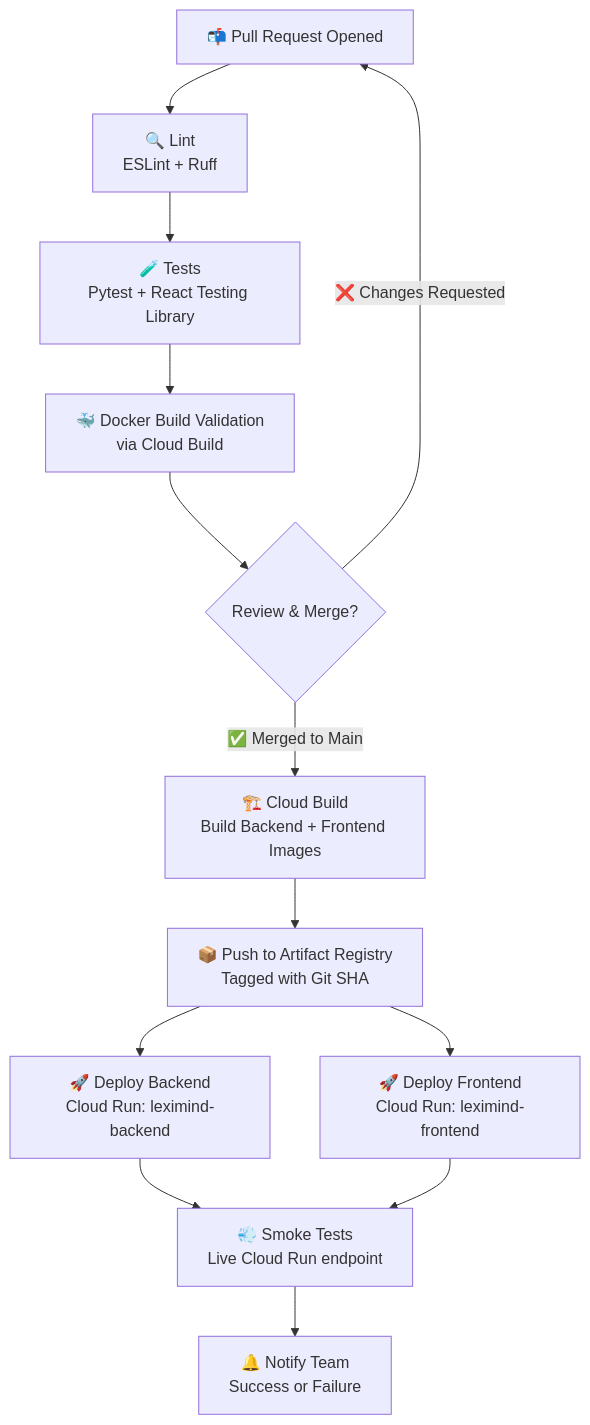
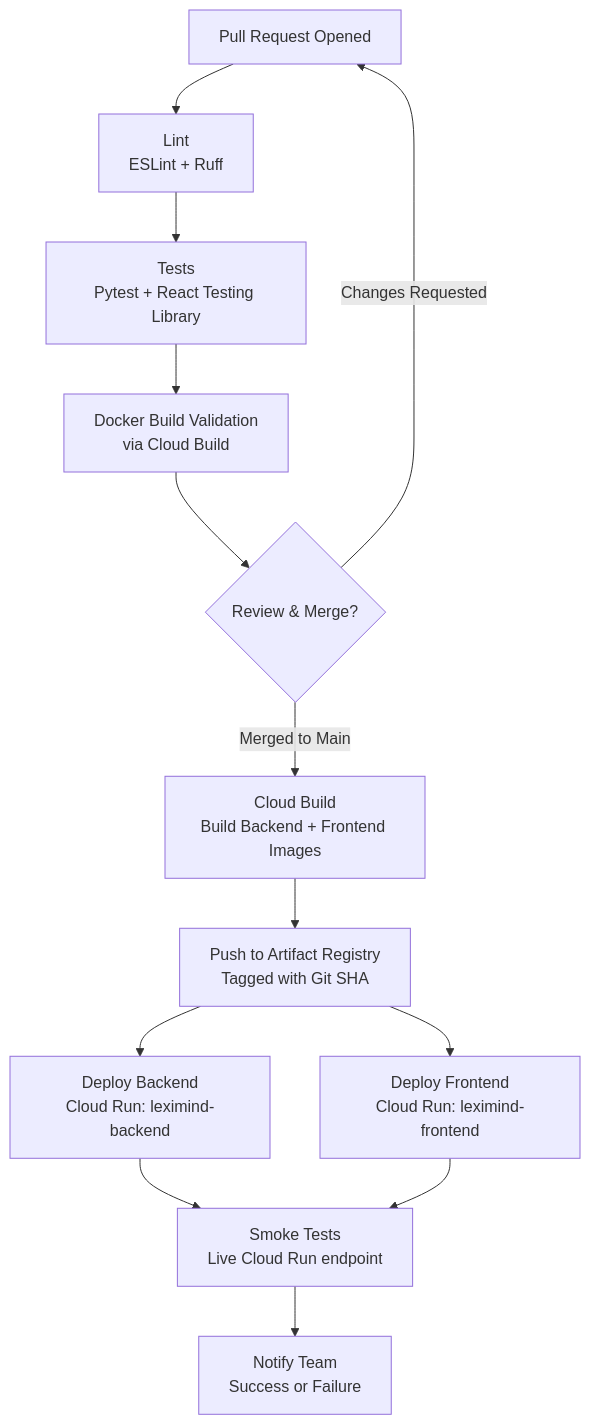
The third of 4 diagrams in README.md (mahak-codes22/leximind-ai), drawn with Mermaid before and after one commit. The commit also changed other lines of this file, not shown here.

````diff
--- a/README.md
+++ b/README.md
@@ -454,16 +454,16 @@
 ```mermaid
 flowchart TD
-    PR["📬 Pull Request Opened"] --> L["🔍 Lint\nESLint + Ruff"]
-    L --> T["🧪 Tests\nPytest + React Testing Library"]
-    T --> B["🐳 Docker Build Validation\nvia Cloud Build"]
+    PR[" Pull Request Opened"] --> L[" Lint\nESLint + Ruff"]
+    L --> T[" Tests\nPytest + React Testing Library"]
+    T --> B[" Docker Build Validation\nvia Cloud Build"]
     B --> R{Review & Merge?}
 
-    R -- "❌ Changes Requested" --> PR
-    R -- "✅ Merged to Main" --> CB["🏗️ Cloud Build\nBuild Backend + Frontend Images"]
-    CB --> AR["📦 Push to Artifact Registry\nTagged with Git SHA"]
-    AR --> D1["🚀 Deploy Backend\nCloud Run: leximind-backend"]
-    AR --> D2["🚀 Deploy Frontend\nCloud Run: leximind-frontend"]
-    D1 --> S["💨 Smoke Tests\nLive Cloud Run endpoint"]
+    R -- " Changes Requested" --> PR
+    R -- " Merged to Main" --> CB[" Cloud Build\nBuild Backend + Frontend Images"]
+    CB --> AR[" Push to Artifact Registry\nTagged with Git SHA"]
+    AR --> D1[" Deploy Backend\nCloud Run: leximind-backend"]
+    AR --> D2[" Deploy Frontend\nCloud Run: leximind-frontend"]
+    D1 --> S[" Smoke Tests\nLive Cloud Run endpoint"]
     D2 --> S
-    S --> N["🔔 Notify Team\nSuccess or Failure"]
+    S --> N[" Notify Team\nSuccess or Failure"]
 ```
````
